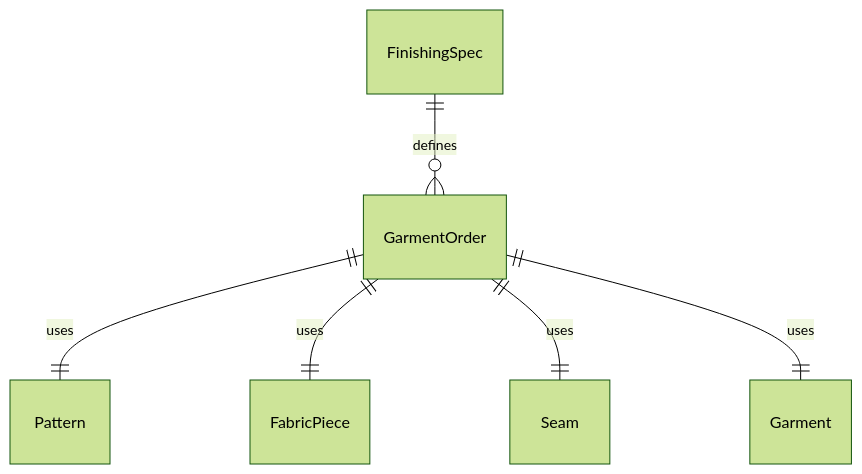
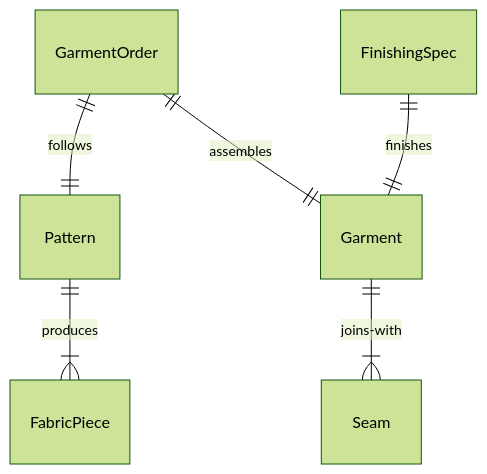
One commit to dot-org-ai/tasks.org.ai changed the first of 4 diagrams in HandlingAndMovingObjects/SewGarmentsOrMaterials/SewClothingArticles.mdx. Above: the diagram before and after it, drawn with Mermaid (forest theme). The commit also changed other lines of this file and 515 other files, not shown here.

````diff
--- a/HandlingAndMovingObjects/SewGarmentsOrMaterials/SewClothingArticles.mdx
+++ b/HandlingAndMovingObjects/SewGarmentsOrMaterials/SewClothingArticles.mdx
@@ -88,8 +88,8 @@
 ```mermaid
 erDiagram
-    GarmentOrder ||--|| Pattern : "uses"
-    GarmentOrder ||--|| FabricPiece : "uses"
-    GarmentOrder ||--|| Seam : "uses"
-    GarmentOrder ||--|| Garment : "uses"
-    FinishingSpec ||--o{ GarmentOrder : "defines"
+    GarmentOrder ||--|| Pattern : "follows"
+    Pattern ||--|{ FabricPiece : "produces"
+    Garment ||--|{ Seam : "joins-with"
+    GarmentOrder ||--|| Garment : "assembles"
+    FinishingSpec ||--|| Garment : "finishes"
 ```
````
